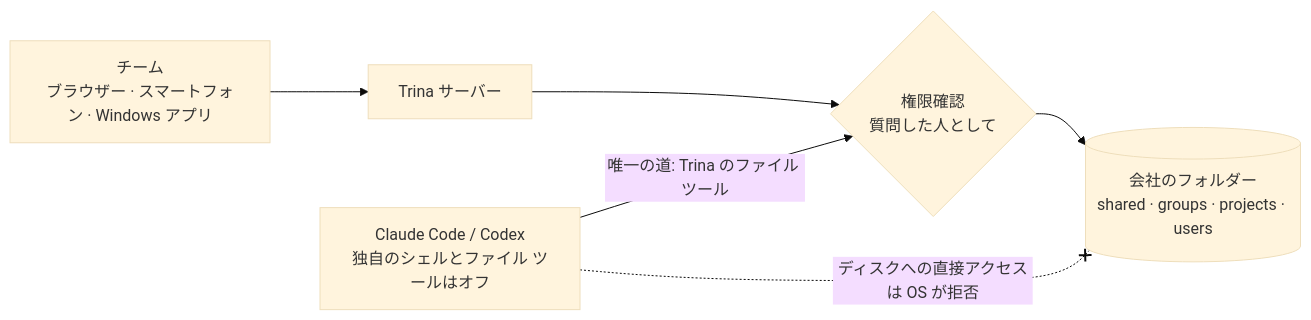
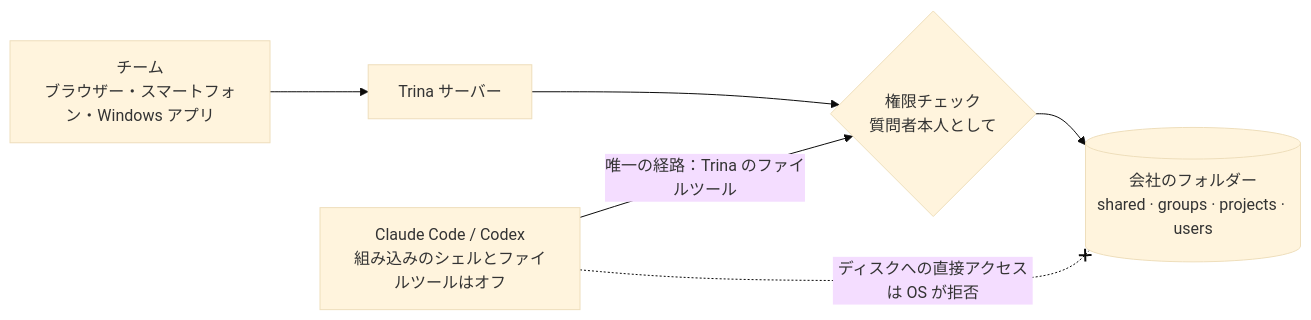
One commit to trina-app/trina-ax changed the diagram in README.ja.md. Above: the diagram before and after it, drawn with Mermaid (base theme). The commit also changed other lines of this file and 1 other file, not shown here.

````diff
--- a/README.ja.md
+++ b/README.ja.md
@@ -69,8 +69,8 @@
 ```mermaid
 flowchart LR
-  P["チーム<br/>ブラウザー · スマートフォン · Windows アプリ"] --> S["Trina サーバー"]
-  E["Claude Code / Codex<br/>独自のシェルとファイル ツールはオフ"] -->|"唯一の道: Trina のファイル ツール"| C{"権限確認<br/>質問した人として"}
+  P["チーム<br/>ブラウザー・スマートフォン・Windows アプリ"] --> S["Trina サーバー"]
+  E["Claude Code / Codex<br/>組み込みのシェルとファイルツールはオフ"] -->|"唯一の経路：Trina のファイルツール"| C{"権限チェック<br/>質問者本人として"}
   S --> C
   C --> D[("会社のフォルダー<br/>shared · groups · projects · users")]
   E -. "ディスクへの直接アクセスは OS が拒否" .-x D
 ```
````
